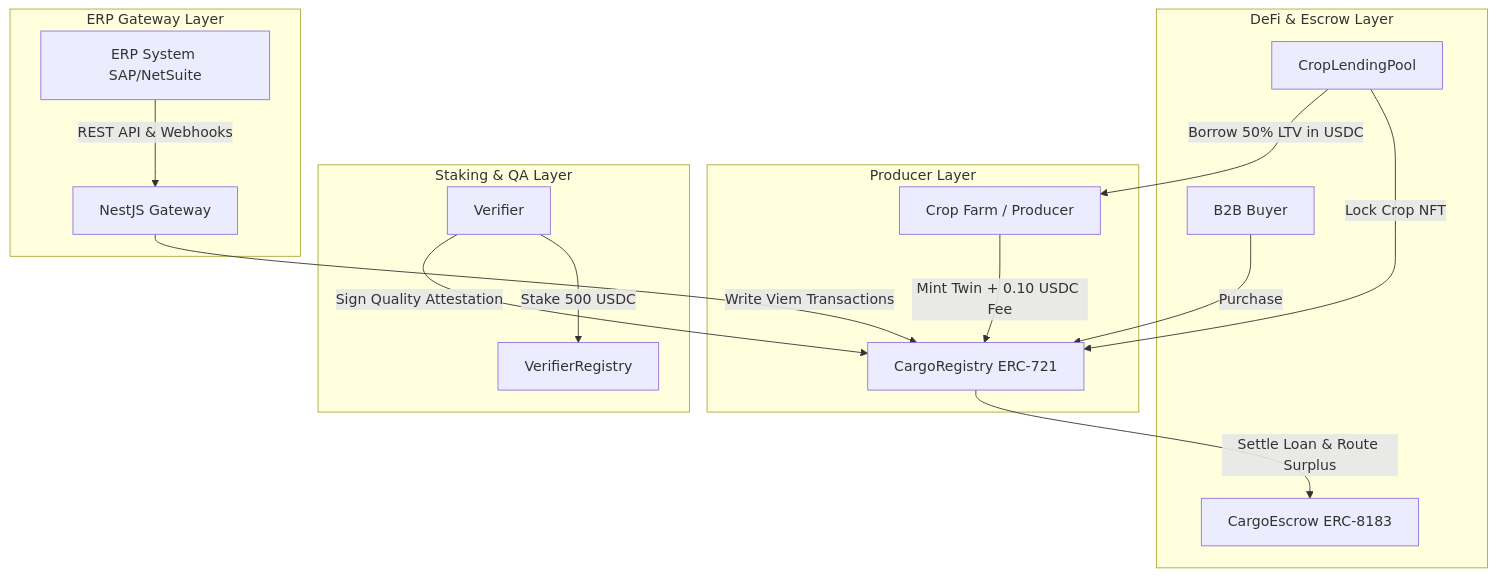
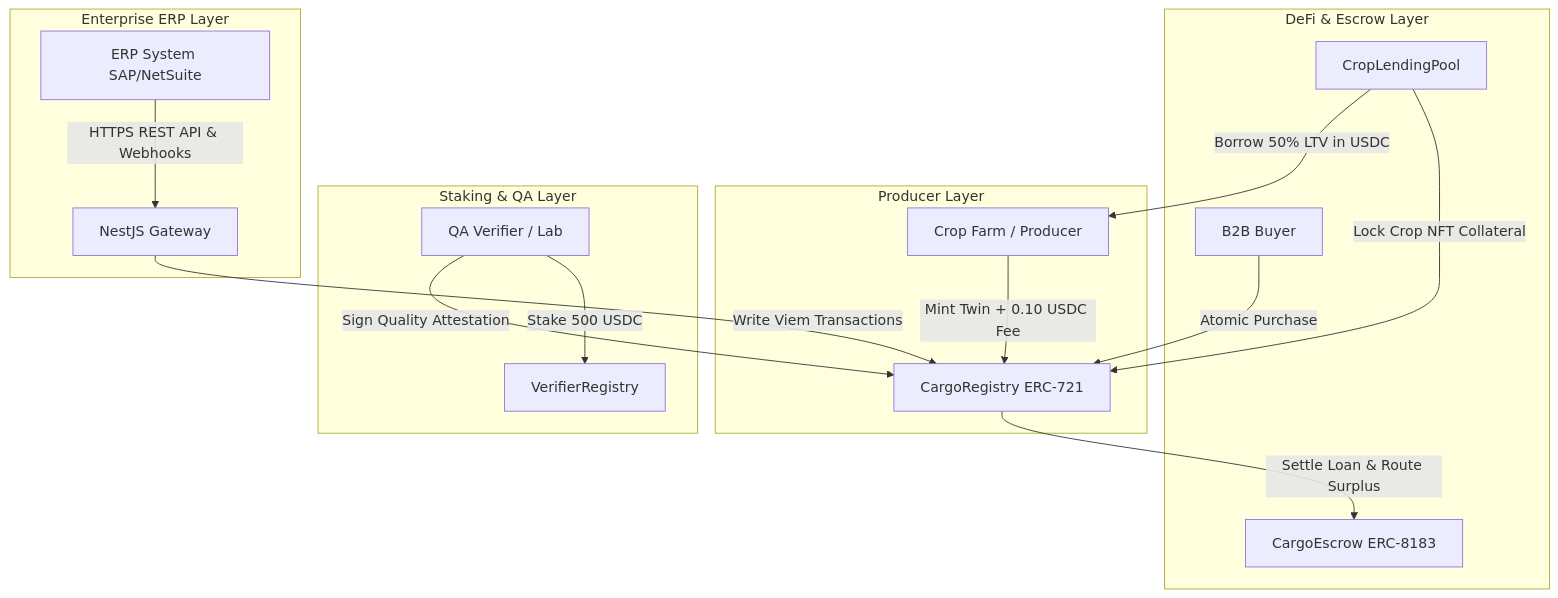
One commit to parramol19999/CargoTrust changed the first of 4 diagrams in README.md. Above: the diagram before and after it, drawn with Mermaid. The commit also changed other lines of this file, not shown here.

````diff
--- a/README.md
+++ b/README.md
@@ -21,20 +89,20 @@
 ```mermaid
 graph TD
     subgraph "Producer Layer"
-        A[Crop Farm / Producer] -->|Mint Twin + 0.10 USDC Fee| B[CargoRegistry ERC-721]
+        Producer[Crop Farm / Producer] -->|Mint Twin + 0.10 USDC Fee| Registry[CargoRegistry ERC-721]
     end
     subgraph "Staking & QA Layer"
-        V[Verifier] -->|Stake 500 USDC| VR[VerifierRegistry]
-        V -->|Sign Quality Attestation| B
+        Verifier[QA Verifier / Lab] -->|Stake 500 USDC| VerifierReg[VerifierRegistry]
+        Verifier -->|Sign Quality Attestation| Registry
     end
     subgraph "DeFi & Escrow Layer"
-        LP[CropLendingPool] -->|Lock Crop NFT | B
-        LP -->|Borrow 50% LTV in USDC| A
-        Buyer[B2B Buyer] -->|Purchase| B
-        B -->|Settle Loan & Route Surplus| Escrow[CargoEscrow ERC-8183]
+        Lending[CropLendingPool] -->|Lock Crop NFT Collateral| Registry
+        Lending -->|Borrow 50% LTV in USDC| Producer
+        Buyer[B2B Buyer] -->|Atomic Purchase| Registry
+        Registry -->|Settle Loan & Route Surplus| Escrow[CargoEscrow ERC-8183]
     end
-    subgraph "ERP Gateway Layer"
-        ERP[ERP System SAP/NetSuite] -->|REST API & Webhooks| GW[NestJS Gateway]
-        GW -->|Write Viem Transactions| B
+    subgraph "Enterprise ERP Layer"
+        ERP[ERP System SAP/NetSuite] -->|HTTPS REST API & Webhooks| Gateway[NestJS Gateway]
+        Gateway -->|Write Viem Transactions| Registry
     end
 ```
````
